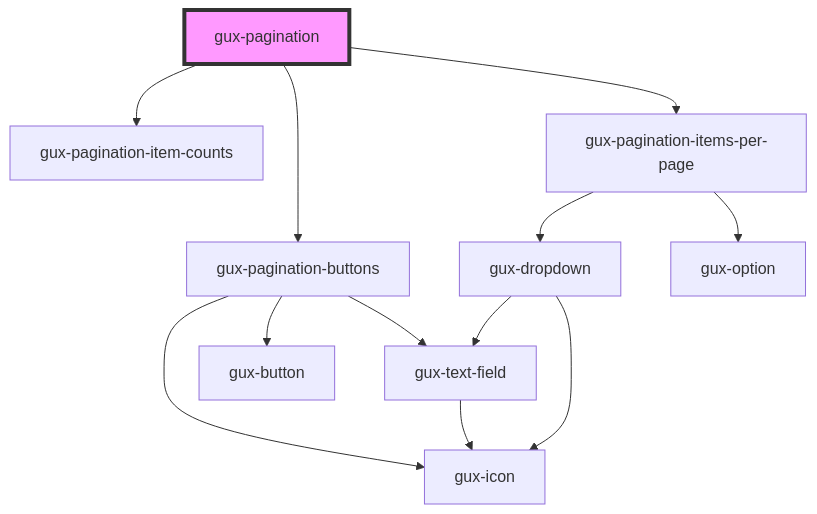
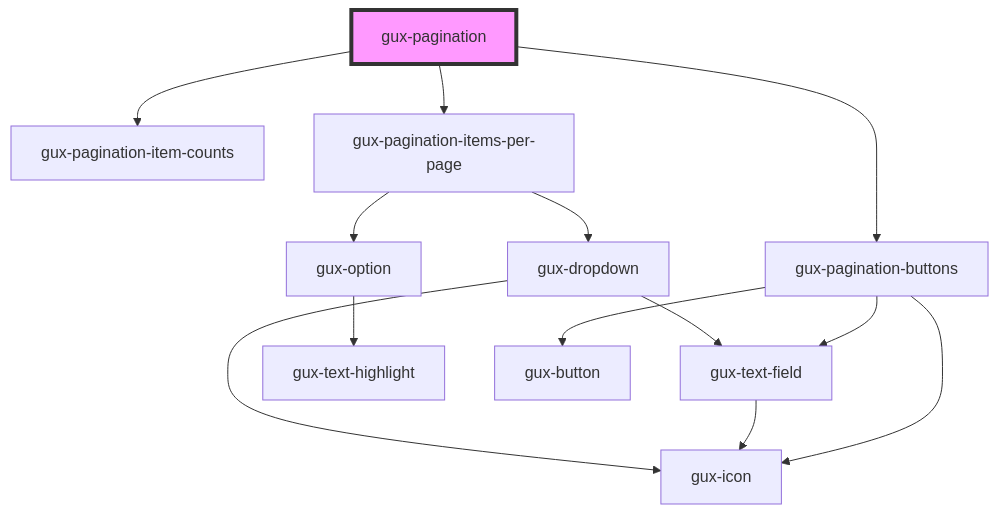
One commit to MyPureCloud/genesys-spark changed the diagram in src/components/gux-pagination/readme.md. Above: the diagram before and after it, drawn with Mermaid. The commit also changed 6 other files, not shown here.

````diff
--- a/src/components/gux-pagination/readme.md
+++ b/src/components/gux-pagination/readme.md
@@ -69,15 +69,16 @@
 ```mermaid
 graph TD;
   gux-pagination --> gux-pagination-item-counts
   gux-pagination --> gux-pagination-items-per-page
   gux-pagination --> gux-pagination-buttons
   gux-pagination-items-per-page --> gux-dropdown
   gux-pagination-items-per-page --> gux-option
   gux-dropdown --> gux-text-field
   gux-dropdown --> gux-icon
   gux-text-field --> gux-icon
+  gux-option --> gux-text-highlight
   gux-pagination-buttons --> gux-button
   gux-pagination-buttons --> gux-icon
   gux-pagination-buttons --> gux-text-field
   style gux-pagination fill:#f9f,stroke:#333,stroke-width:4px
 ```
````
